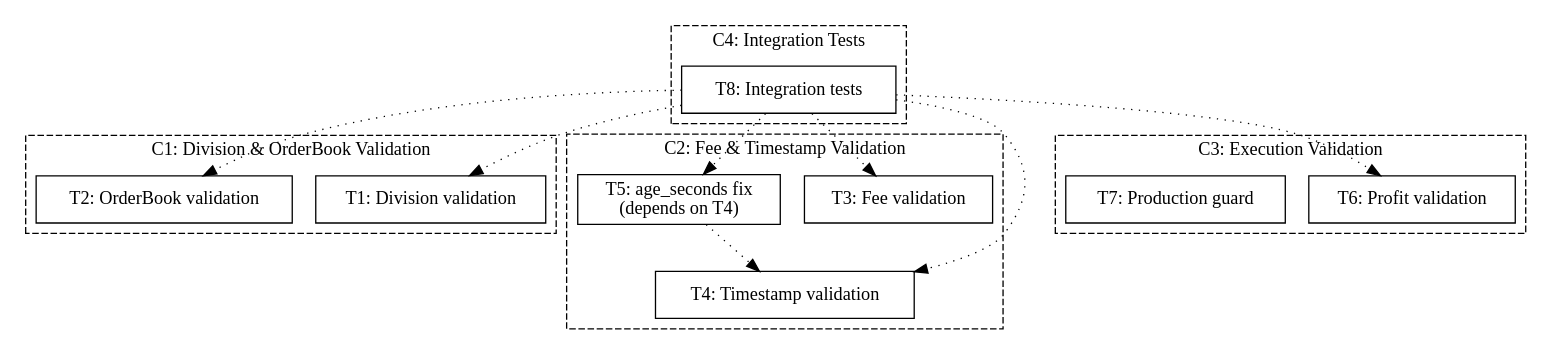
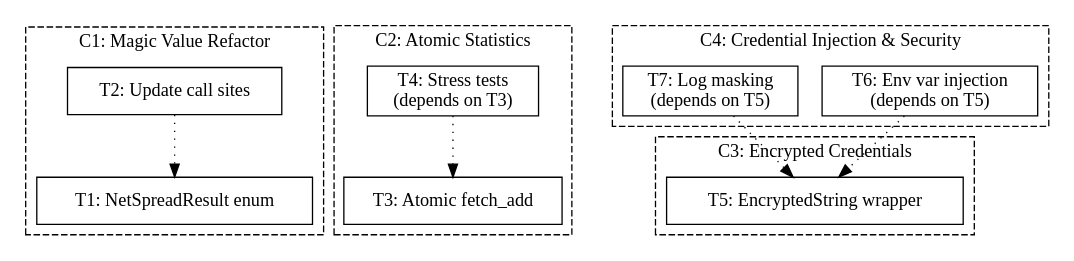
Before and after one commit to Zantonv2/Arbitrage_Dashboard: the diagram in output/issue-fix-artifacts/clusters.dot, drawn with Graphviz. The commit also changed 13859 other files, not shown here.

```diff
--- a/output/issue-fix-artifacts/clusters.dot
+++ b/output/issue-fix-artifacts/clusters.dot
@@ -1,40 +1,36 @@
 digraph clusters {
   rankdir=TB;
   node [shape=box];
   
   subgraph cluster_C1 {
-    label="C1: Division & OrderBook Validation";
+    label="C1: Magic Value Refactor";
     style=dashed;
-    T1 [label="T1: Division validation"];
-    T2 [label="T2: OrderBook validation"];
+    T1 [label="T1: NetSpreadResult enum"];
+    T2 [label="T2: Update call sites"];
   }
   
   subgraph cluster_C2 {
-    label="C2: Fee & Timestamp Validation";
+    label="C2: Atomic Statistics";
     style=dashed;
-    T3 [label="T3: Fee validation"];
-    T4 [label="T4: Timestamp validation"];
-    T5 [label="T5: age_seconds fix\n(depends on T4)"];
+    T3 [label="T3: Atomic fetch_add"];
+    T4 [label="T4: Stress tests\n(depends on T3)"];
   }
   
   subgraph cluster_C3 {
-    label="C3: Execution Validation";
+    label="C3: Encrypted Credentials";
     style=dashed;
-    T6 [label="T6: Profit validation"];
-    T7 [label="T7: Production guard"];
+    T5 [label="T5: EncryptedString wrapper"];
   }
   
   subgraph cluster_C4 {
-    label="C4: Integration Tests";
+    label="C4: Credential Injection & Security";
     style=dashed;
-    T8 [label="T8: Integration tests"];
+    T6 [label="T6: Env var injection\n(depends on T5)"];
+    T7 [label="T7: Log masking\n(depends on T5)"];
   }
   
-  T5 -> T4 [style=dotted];
-  T8 -> T1 [style=dotted];
-  T8 -> T2 [style=dotted];
-  T8 -> T3 [style=dotted];
-  T8 -> T4 [style=dotted];
-  T8 -> T5 [style=dotted];
-  T8 -> T6 [style=dotted];
+  T2 -> T1 [style=dotted];
+  T4 -> T3 [style=dotted];
+  T6 -> T5 [style=dotted];
+  T7 -> T5 [style=dotted];
 }
```
